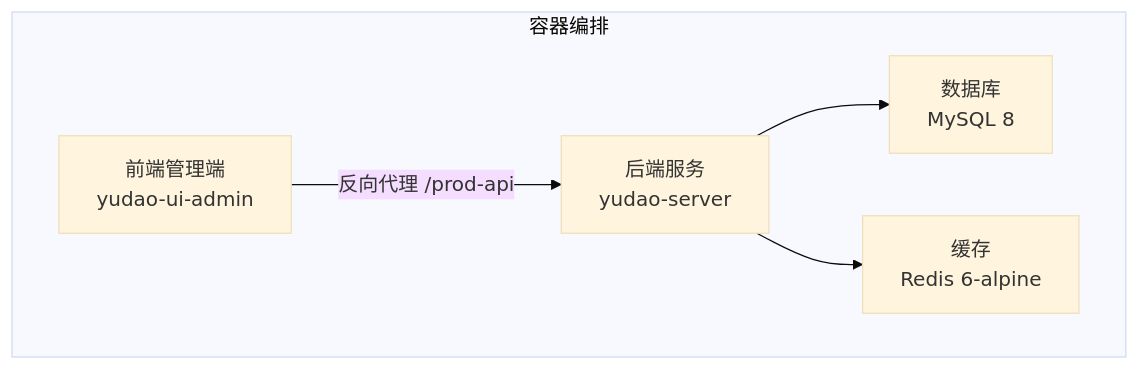
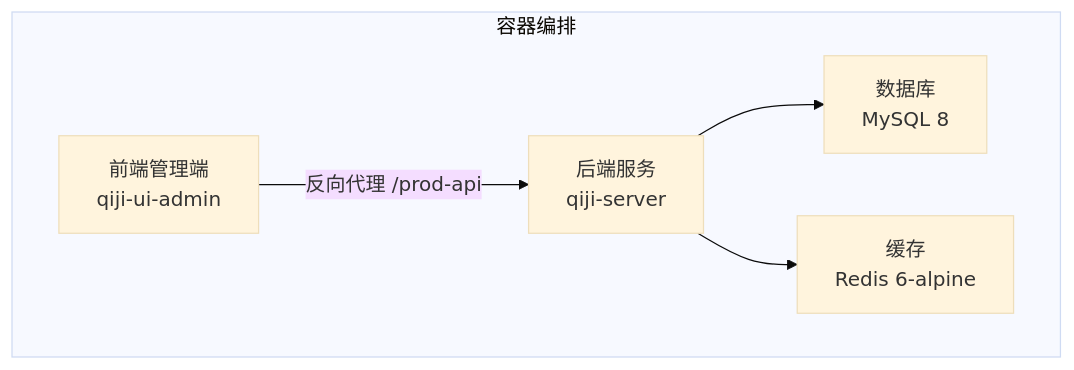
Before and after one commit to zhuangpengLI/AgenticCPS: the first of 6 diagrams in backend/.qoder/repowiki/zh/content/部署与运维/容器化部署.md, drawn with Mermaid (base theme). The commit also changed other lines of this file and 3489 other files, not shown here.

````diff
--- a/backend/.qoder/repowiki/zh/content/部署与运维/容器化部署.md
+++ b/backend/.qoder/repowiki/zh/content/部署与运维/容器化部署.md
@@ -39,12 +39,12 @@
 ```mermaid
 graph TB
 subgraph "容器编排"
-S["后端服务<br/>yudao-server"]
+S["后端服务<br/>qiji-server"]
 M["数据库<br/>MySQL 8"]
 R["缓存<br/>Redis 6-alpine"]
-A["前端管理端<br/>yudao-ui-admin"]
+A["前端管理端<br/>qiji-ui-admin"]
 end
 A --> |"反向代理 /prod-api"| S
 S --> M
 S --> R
 ```
````
